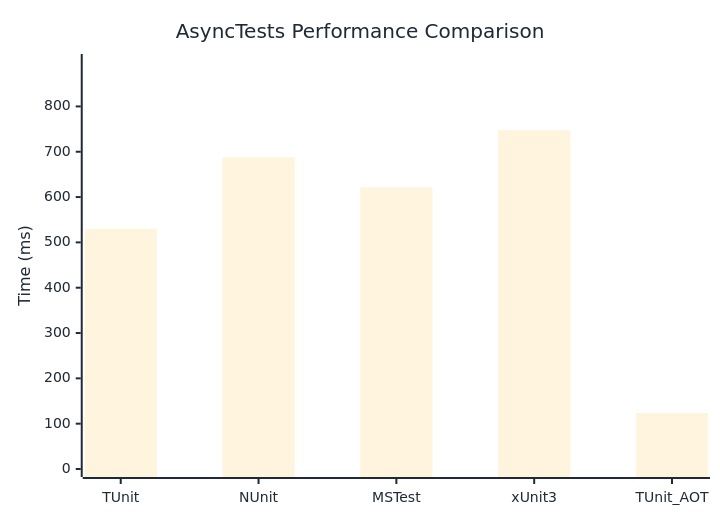
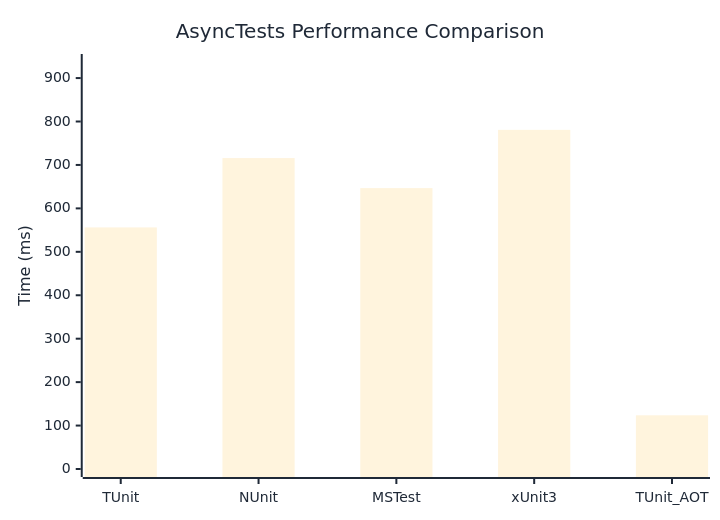
Before and after one commit to thomhurst/TUnit: the diagram in docs/docs/benchmarks/AsyncTests.md, drawn with Mermaid. The commit also changed other lines of this file and 17 other files, not shown here.

````diff
--- a/docs/docs/benchmarks/AsyncTests.md
+++ b/docs/docs/benchmarks/AsyncTests.md
@@ -27,37 +27,37 @@
 ```mermaid
 %%{init: {
   'theme':'base',
   'themeVariables': {
     'primaryColor': '#2563eb',
     'primaryTextColor': '#1f2937',
     'primaryBorderColor': '#1e40af',
     'lineColor': '#6b7280',
     'secondaryColor': '#7c3aed',
     'tertiaryColor': '#dc2626',
     'background': '#ffffff',
     'mainBkg': '#2563eb',
     'secondBkg': '#7c3aed',
     'tertiaryBkg': '#dc2626',
     'clusterBkg': '#f3f4f6',
     'edgeLabelBackground': '#ffffff',
     'tertiaryTextColor': '#1f2937',
     'pie1': '#2563eb',
     'pie2': '#7c3aed',
     'pie3': '#dc2626',
     'pie4': '#f59e0b',
     'pie5': '#10b981',
     'pie6': '#06b6d4',
     'pie7': '#ec4899',
     'pie8': '#6366f1',
     'pie9': '#84cc16',
     'pie10': '#f97316',
     'pie11': '#14b8a6',
     'pie12': '#a855f7'
   }
 }}%%
 xychart-beta
   title "AsyncTests Performance Comparison"
   x-axis ["TUnit", "NUnit", "MSTest", "xUnit3", "TUnit_AOT"]
-  y-axis "Time (ms)" 0 --> 898
-  bar [530.1, 687.4, 621.4, 747.7, 123.4]
+  y-axis "Time (ms)" 0 --> 937
+  bar [556.2, 715.8, 646.7, 780.8, 123.6]
 ```
````
